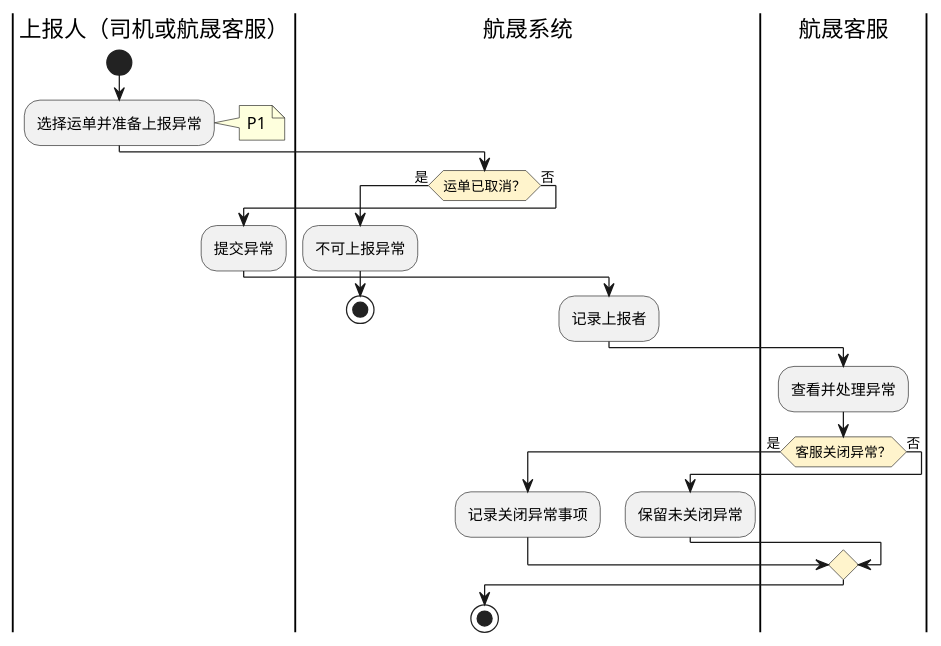
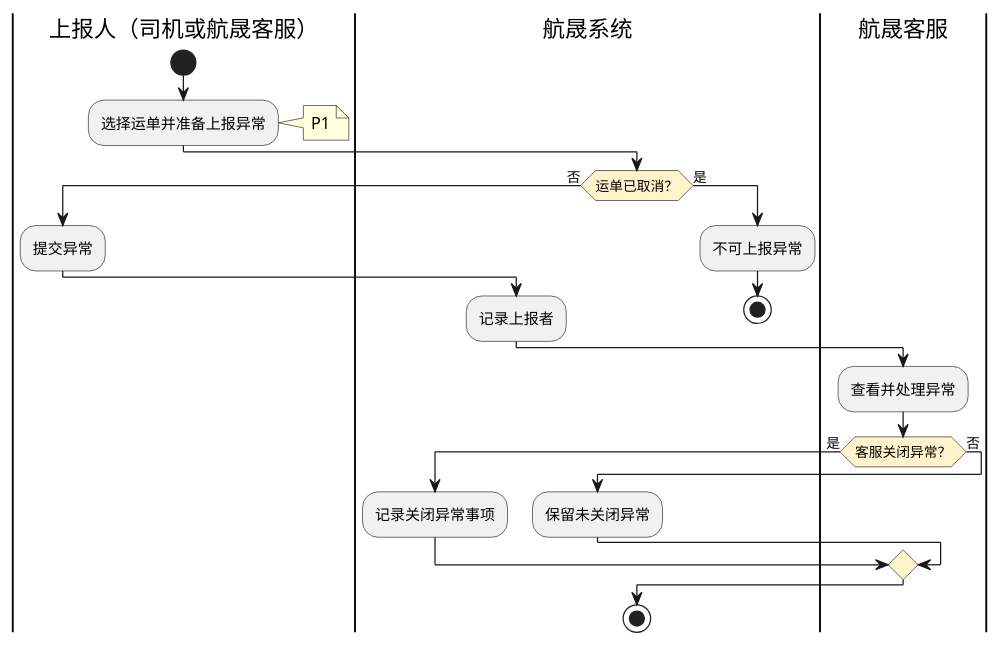
The fifth of 5 diagrams in product-caliber/goldjet/segmented-prd/PRD.高捷物流系统一期.第016篇.用车-运单管理.20AA542560.md (jack888332/projects-doc), drawn with PlantUML before and after one commit. The commit also changed other lines of this file and 4 other files, not shown here.

Commit message:
减少泳道活动图连线的可避免交叉

````diff
--- a/product-caliber/goldjet/segmented-prd/PRD.高捷物流系统一期.第016篇.用车-运单管理.20AA542560.md
+++ b/product-caliber/goldjet/segmented-prd/PRD.高捷物流系统一期.第016篇.用车-运单管理.20AA542560.md
@@ -204,29 +205,30 @@
 ```plantuml
 @startuml goldjet-016-exception-reporting
 skinparam activityDiamondBackgroundColor #FFF4CC
 |上报人（司机或航晟客服）|
 start
 :选择运单并准备上报异常;
 note right: P1
 |航晟系统|
-if (运单已取消？) then (是)
-  :不可上报异常;
-  stop
-else (否)
+if (运单已取消？) then (否)
   |上报人（司机或航晟客服）|
   :提交异常;
   |航晟系统|
   :记录上报者;
   |航晟客服|
   :查看并处理异常;
   if (客服关闭异常？) then (是)
     |航晟系统|
     :记录关闭异常事项;
   else (否)
     |航晟系统|
     :保留未关闭异常;
   endif
+else (是)
+  |航晟系统|
+  :不可上报异常;
+  stop
 endif
 stop
 @enduml
 ```
````
